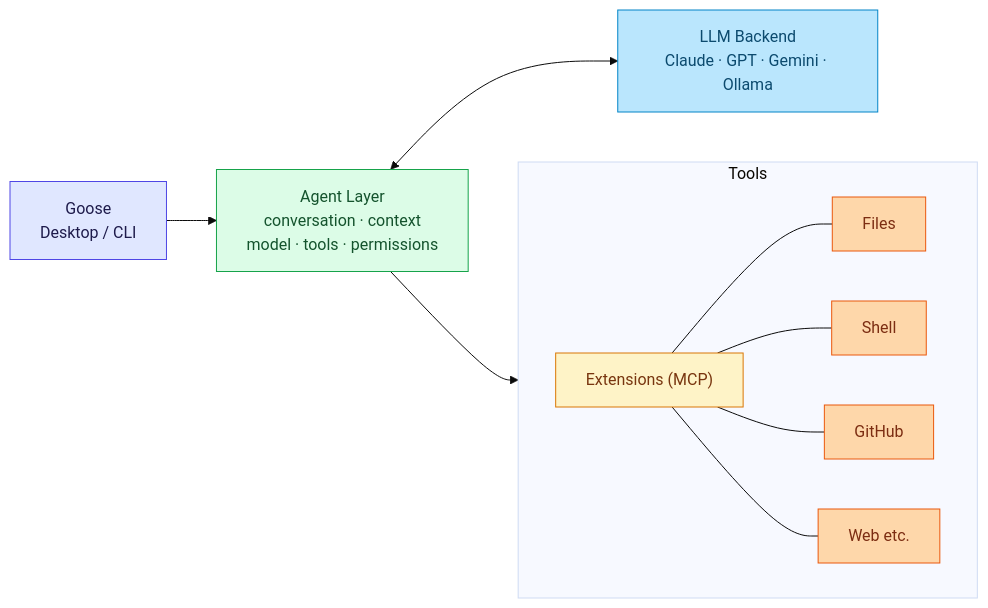
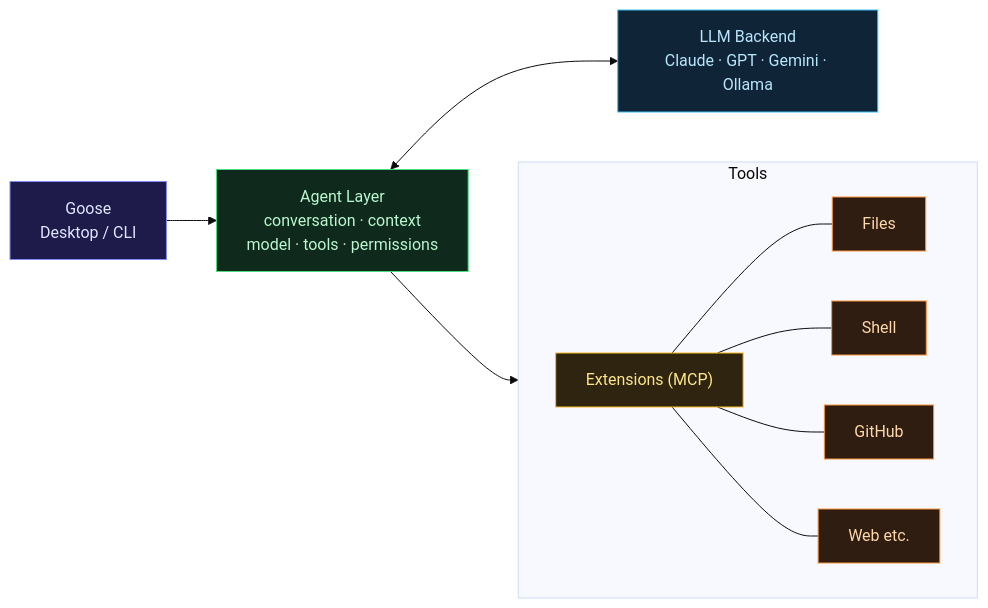
One commit to arifbazli/malay-tech-journal changed the second of 4 diagrams in src/content/posts/en/age-04-agent-os-goose.md. Above: the diagram before and after it, drawn with Mermaid (base theme). The commit also changed other lines of this file and 16 other files, not shown here.

First line of the commit message:
fix(mermaid): fix light-theme colors and rendering bugs across all diagrams

````diff
--- a/src/content/posts/en/age-04-agent-os-goose.md
+++ b/src/content/posts/en/age-04-agent-os-goose.md
@@ -92,27 +91,27 @@
 ```mermaid
 flowchart LR
   CLI["Goose<br/>Desktop / CLI"]:::ui
   AGENT["Agent Layer<br/>conversation · context<br/>model · tools · permissions"]:::agent
   EXT["Extensions (MCP)"]:::ext
   subgraph tools [Tools]
     direction LR
     T1[Files]:::tool
     T2[Shell]:::tool
     T3[GitHub]:::tool
     T4[Web etc.]:::tool
     EXT --- T1
     EXT --- T2
     EXT --- T3
     EXT --- T4
   end
   LLM["LLM Backend<br/>Claude · GPT · Gemini · Ollama"]:::llm
   CLI --> AGENT
   AGENT --> EXT
   AGENT <--> LLM
-  classDef ui fill:#e0e7ff,stroke:#4f46e5,color:#1e1b4b
-  classDef agent fill:#dcfce7,stroke:#16a34a,color:#14532d
-  classDef ext fill:#fef3c7,stroke:#d97706,color:#78350f
-  classDef tool fill:#fed7aa,stroke:#ea580c,color:#7c2d12
-  classDef llm fill:#bae6fd,stroke:#0284c7,color:#0c4a6e
-  classDef llm fill:#bae6fd,stroke:#0284c7,color:#0c4a6e
+  classDef ui fill:#1e1b4b,stroke:#818cf8,color:#e0e7ff
+  classDef agent fill:#0f2a1c,stroke:#4ade80,color:#bbf7d0
+  classDef ext fill:#2e2410,stroke:#fbbf24,color:#fde68a
+  classDef tool fill:#2e1d10,stroke:#fb923c,color:#fed7aa
+  classDef llm fill:#0f2436,stroke:#38bdf8,color:#bae6fd
+  classDef llm fill:#0f2436,stroke:#38bdf8,color:#bae6fd
 ```
````
